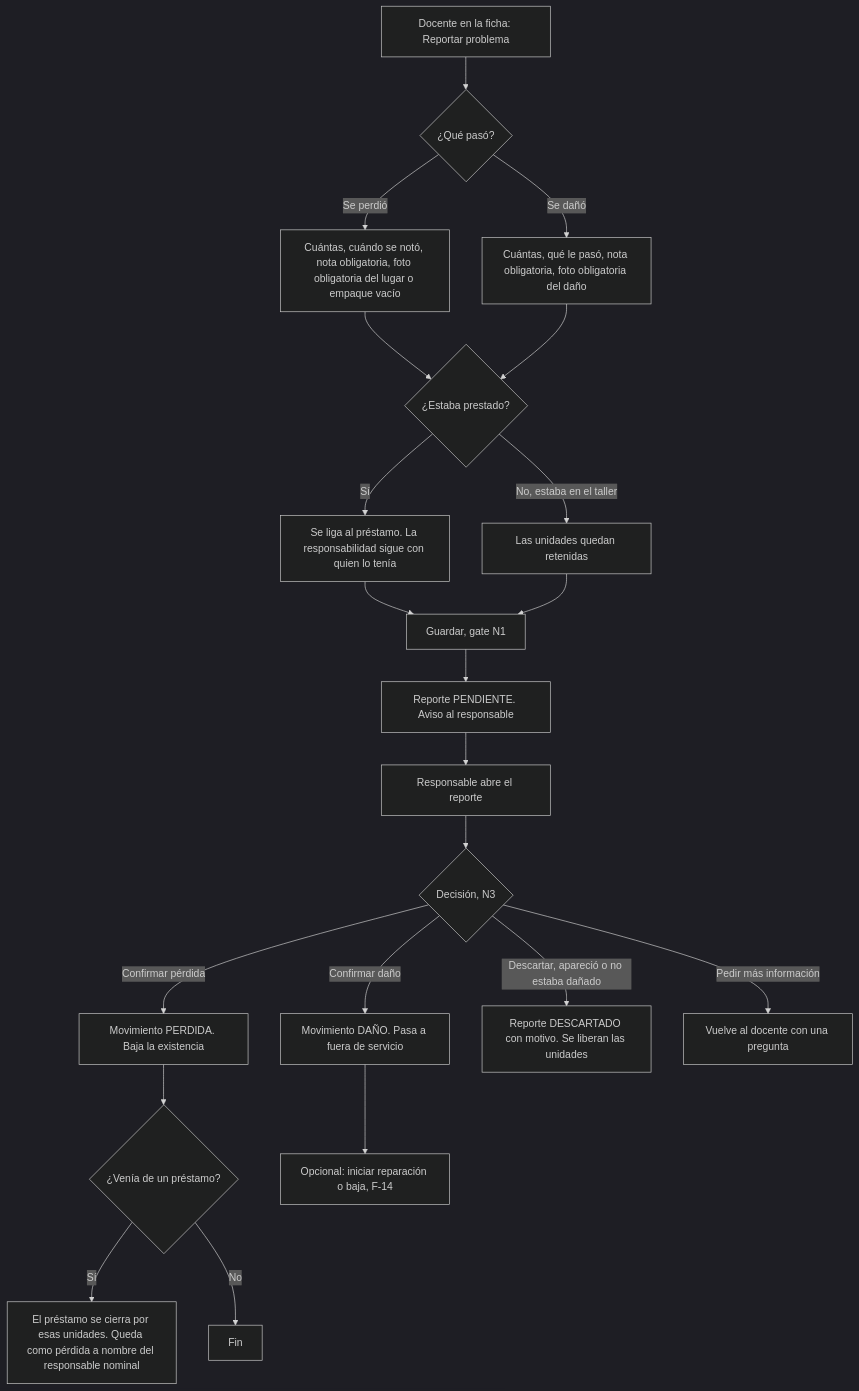
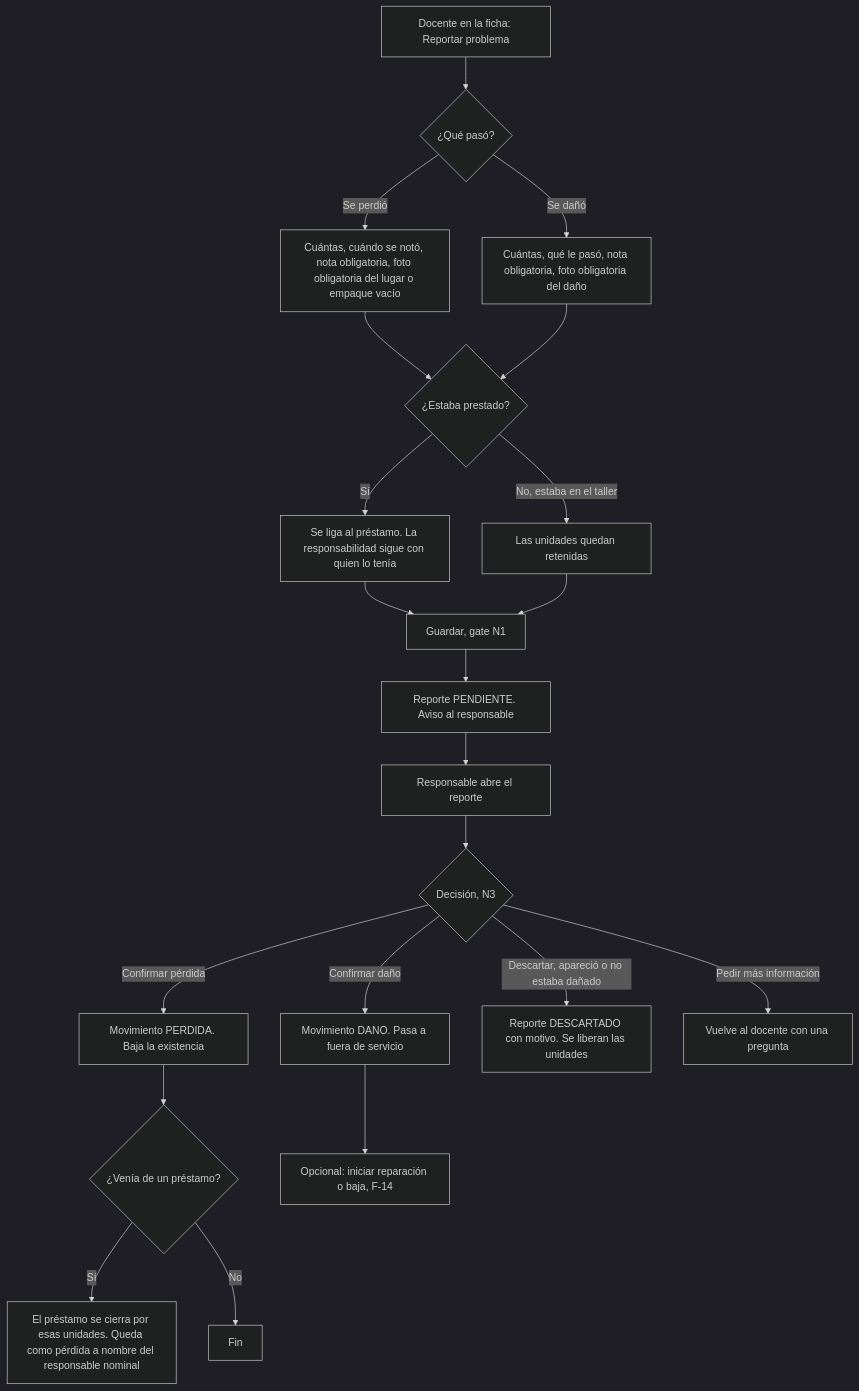
Before and after one commit to JaimeLug/InventarioMaker: diagram 13 of 24 in docs/flujos.md, drawn with Mermaid (dark theme). The commit also changed other lines of this file and 13 other files, not shown here.

````diff
--- a/docs/flujos.md
+++ b/docs/flujos.md
@@ -867,23 +867,23 @@
 ```mermaid
 flowchart TD
     A["Docente en la ficha: Reportar problema"] --> B{"¿Qué pasó?"}
     B -->|"Se perdió"| C["Cuántas, cuándo se notó, nota obligatoria, foto obligatoria del lugar o empaque vacío"]
     B -->|"Se dañó"| D["Cuántas, qué le pasó, nota obligatoria, foto obligatoria del daño"]
     C --> E{"¿Estaba prestado?"}
     D --> E
     E -->|"Sí"| E1["Se liga al préstamo. La responsabilidad sigue con quien lo tenía"]
     E -->|"No, estaba en el taller"| E2["Las unidades quedan retenidas"]
     E1 --> F["Guardar, gate N1"]
     E2 --> F
     F --> G["Reporte PENDIENTE. Aviso al responsable"]
     G --> H["Responsable abre el reporte"]
     H --> I{"Decisión, N3"}
     I -->|"Confirmar pérdida"| J["Movimiento PERDIDA. Baja la existencia"]
-    I -->|"Confirmar daño"| K["Movimiento DAÑO. Pasa a fuera de servicio"]
+    I -->|"Confirmar daño"| K["Movimiento DANO. Pasa a fuera de servicio"]
     I -->|"Descartar, apareció o no estaba dañado"| L["Reporte DESCARTADO con motivo. Se liberan las unidades"]
     I -->|"Pedir más información"| M["Vuelve al docente con una pregunta"]
     J --> N{"¿Venía de un préstamo?"}
     N -->|"Sí"| N1["El préstamo se cierra por esas unidades. Queda como pérdida a nombre del responsable nominal"]
     N -->|"No"| N2["Fin"]
     K --> O["Opcional: iniciar reparación o baja, F-14"]
 ```
````
